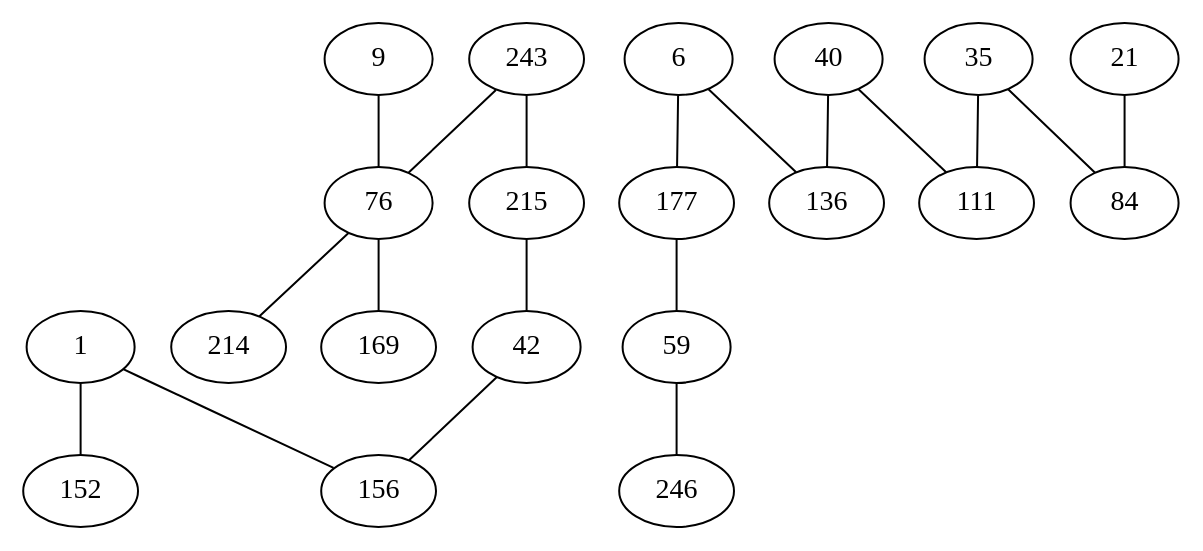
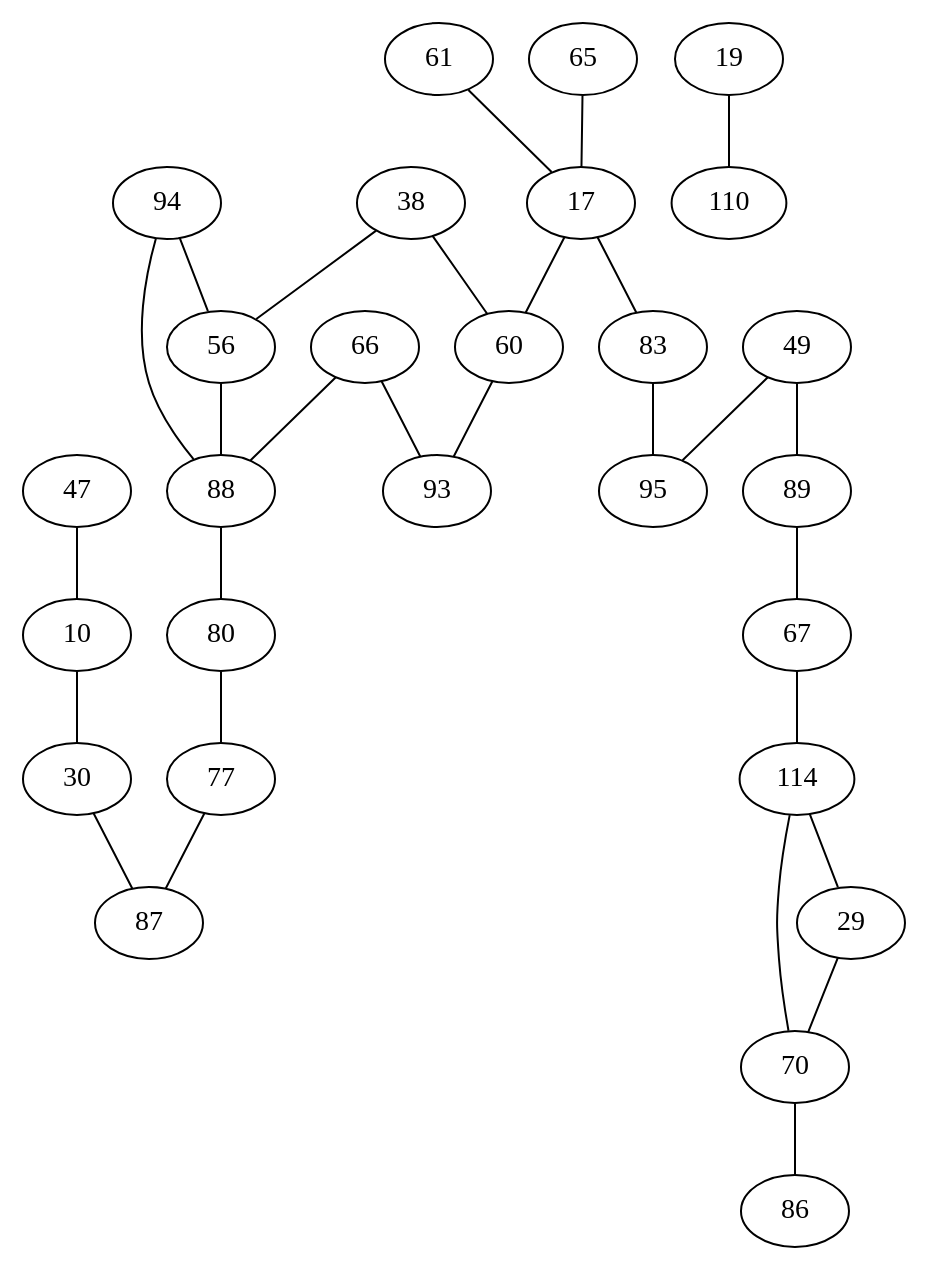
Before and after one commit to AuCson/Genome-Assembly-Implementation: the diagram in external/dbg2olc/BiDirectedBestOverlapGraph.dot, drawn with Graphviz. The commit also changed 79 other files, not shown here.

```diff
--- a/external/dbg2olc/BiDirectedBestOverlapGraph.dot
+++ b/external/dbg2olc/BiDirectedBestOverlapGraph.dot
@@ -1,35 +1,49 @@
 strict graph G {
-1 -- 152;
-6 -- 136;
-21 -- 84;
-35 -- 111;
-40 -- 111;
-42 -- 156;
-59 -- 246;
-76 -- 214;
-84 -- 21;
-111 -- 35;
-136 -- 6;
-152 -- 1;
-177 -- 59;
-215 -- 42;
-243 -- 215;
-246 -- 59;
-1 -- 156;
-6 -- 177;
-9 -- 76;
-35 -- 84;
-40 -- 136;
-42 -- 215;
-59 -- 177;
-76 -- 169;
-84 -- 35;
-111 -- 40;
-136 -- 40;
-156 -- 42;
-169 -- 76;
-177 -- 6;
-214 -- 76;
-215 -- 243;
-243 -- 76;
+10 -- 30;
+17 -- 60;
+30 -- 10;
+38 -- 60;
+47 -- 10;
+49 -- 95;
+56 -- 88;
+60 -- 93;
+66 -- 93;
+67 -- 114;
+70 -- 114;
+77 -- 87;
+80 -- 77;
+83 -- 95;
+87 -- 77;
+88 -- 80;
+89 -- 67;
+93 -- 66;
+94 -- 88;
+95 -- 49;
+114 -- 67;
+10 -- 47;
+17 -- 83;
+19 -- 110;
+29 -- 70;
+30 -- 87;
+38 -- 56;
+49 -- 89;
+56 -- 38;
+60 -- 17;
+61 -- 17;
+65 -- 17;
+66 -- 88;
+67 -- 89;
+70 -- 86;
+77 -- 80;
+80 -- 88;
+83 -- 17;
+86 -- 70;
+87 -- 30;
+88 -- 94;
+89 -- 49;
+93 -- 60;
+94 -- 56;
+95 -- 83;
+110 -- 19;
+114 -- 29;
 }
```
